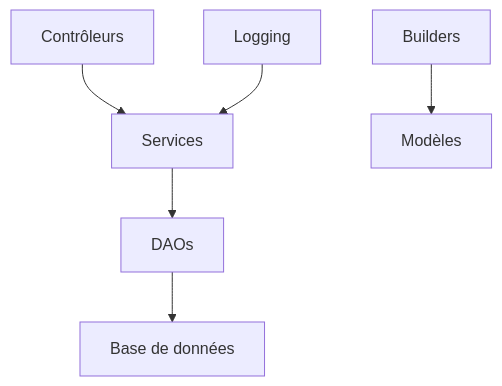
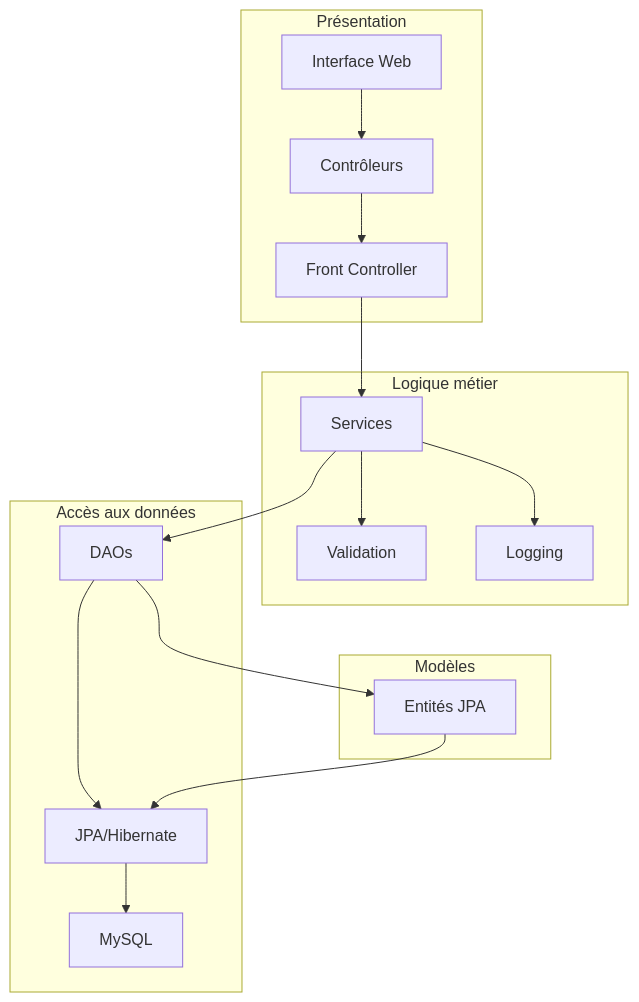
One commit to yglsan2/CliprocoFrontJava changed the first of 6 diagrams in README.md. Above: the diagram before and after it, drawn with Mermaid. The commit also changed other lines of this file and 10 other files, not shown here.

````diff
--- a/README.md
+++ b/README.md
@@ -7,8 +47,26 @@
 ```mermaid
-graph TD
-    A[Contrôleurs] --> B[Services]
-    B --> C[DAOs]
-    C --> D[Base de données]
-    E[Builders] --> F[Modèles]
-    H[Logging] --> B
+graph TB
+    subgraph "Présentation"
+        A[Interface Web] --> B[Contrôleurs]
+        B --> C[Front Controller]
+    end
+    
+    subgraph "Logique métier"
+        D[Services] --> E[Validation]
+        D --> F[Logging]
+    end
+    
+    subgraph "Accès aux données"
+        G[DAOs] --> H[JPA/Hibernate]
+        H --> I[MySQL]
+    end
+    
+    subgraph "Modèles"
+        J[Entités JPA]
+    end
+    
+    C --> D
+    D --> G
+    G --> J
+    J --> H
 ```
````
